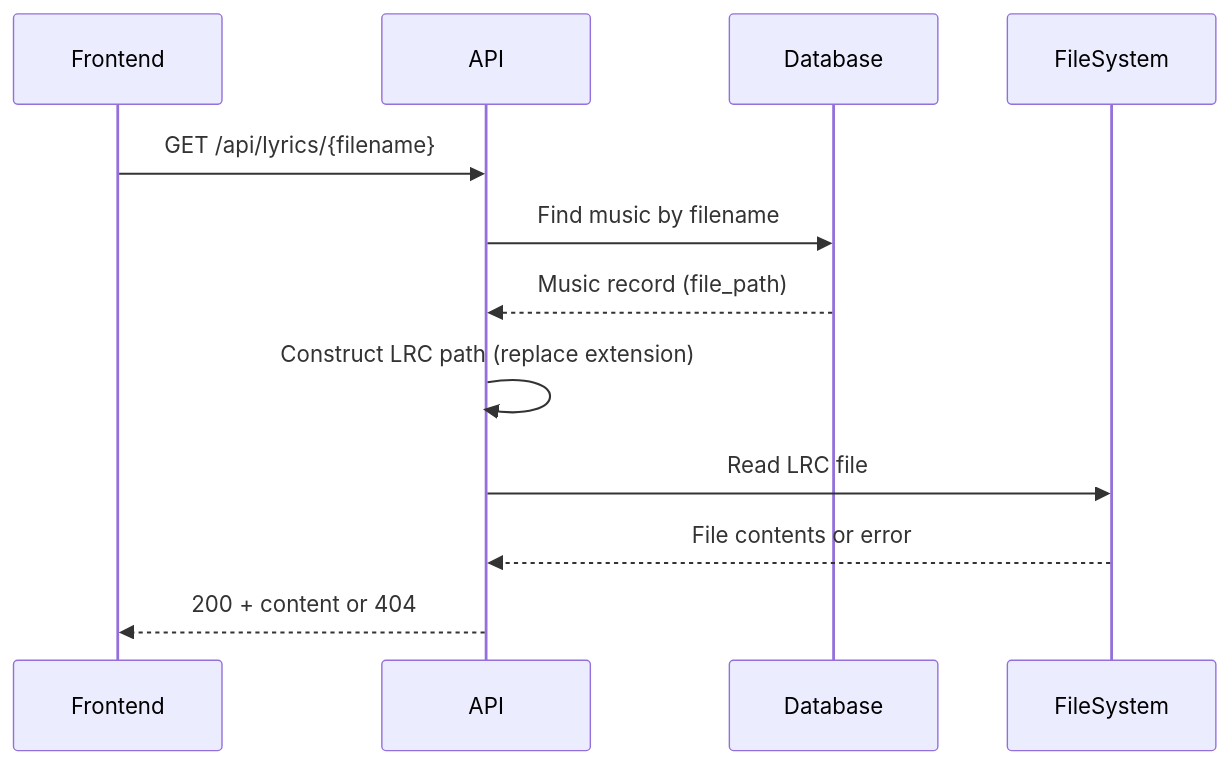
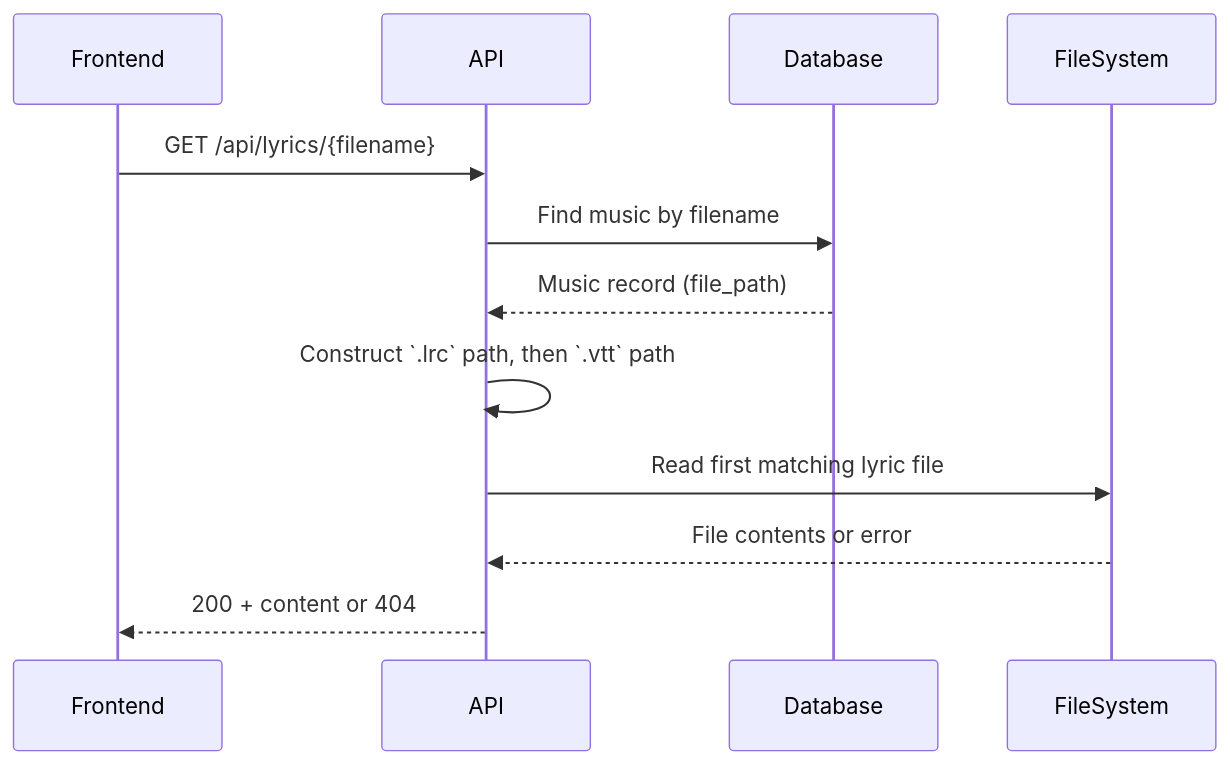
The first of 2 diagrams in docs/lyrics-display.md (Afeather2017/Kaulan), drawn with Mermaid before and after one commit. The commit also changed other lines of this file and 5 other files, not shown here.

First line of the commit message:
Fix bilingual lyric grouping and add VTT fallback

````diff
--- a/docs/lyrics-display.md
+++ b/docs/lyrics-display.md
@@ -130,15 +151,15 @@
 ```mermaid
 sequenceDiagram
     participant Frontend
     participant API
     participant Database
     participant FileSystem
 
     Frontend->>API: GET /api/lyrics/{filename}
     API->>Database: Find music by filename
     Database-->>API: Music record (file_path)
-    API->>API: Construct LRC path (replace extension)
-    API->>FileSystem: Read LRC file
+    API->>API: Construct `.lrc` path, then `.vtt` path
+    API->>FileSystem: Read first matching lyric file
     FileSystem-->>API: File contents or error
     API-->>Frontend: 200 + content or 404
 ```
````
